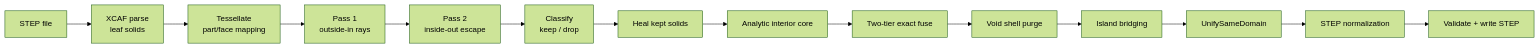
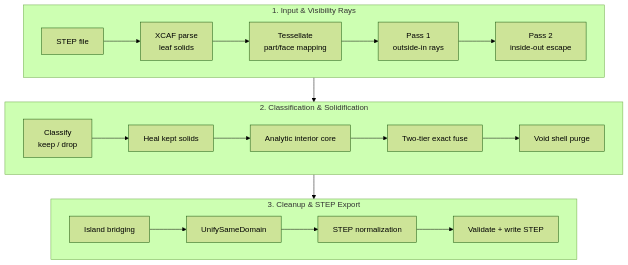
The first of 2 diagrams in docs/theory.md (dhkima-higenmotor/SIMPLE_3D_STEP), drawn with Mermaid (forest theme) before and after one commit. The commit also changed 1 other file, not shown here.

Commit message:
docs: improve Mermaid pipeline flowchart layout to max 5 blocks per row
- Restructure the 14-stage pipeline Mermaid flowchart in docs/theory.md and docs/theory_ko.md from a single wide LR row into a top-to-bottom layout (flowchart TB) with three horizontal subgraph rows (5 + 5 + 4 blocks)
- Link subgraphs directly (S1 --> S2 --> S3) so Mermaid's Dagre layout engine preserves direction LR inside every row on both GitHub and Codeberg
- Quote node and subgraph labels containing special characters for consistent cross-platform Mermaid parsing

````diff
--- a/docs/theory.md
+++ b/docs/theory.md
@@ -43,16 +43,27 @@
 ```mermaid
-flowchart LR
-    A[STEP file] --> B[XCAF parse<br/>leaf solids]
-    B --> C[Tessellate<br/>part/face mapping]
-    C --> D[Pass 1<br/>outside-in rays]
-    D --> E[Pass 2<br/>inside-out escape]
-    E --> F[Classify<br/>keep / drop]
-    F --> G[Heal kept solids]
-    G --> H[Analytic interior core]
-    H --> I[Two-tier exact fuse]
-    I --> J[Void shell purge]
-    J --> K[Island bridging]
-    K --> L[UnifySameDomain]
-    L --> M[STEP normalization]
-    M --> N[Validate + write STEP]
+flowchart TB
+    subgraph S1["1. Input & Visibility Rays"]
+        direction LR
+        A["STEP file"] --> B["XCAF parse<br/>leaf solids"]
+        B --> C["Tessellate<br/>part/face mapping"]
+        C --> D["Pass 1<br/>outside-in rays"]
+        D --> E["Pass 2<br/>inside-out escape"]
+    end
+
+    subgraph S2["2. Classification & Solidification"]
+        direction LR
+        F["Classify<br/>keep / drop"] --> G["Heal kept solids"]
+        G --> H["Analytic interior core"]
+        H --> I["Two-tier exact fuse"]
+        I --> J["Void shell purge"]
+    end
+
+    subgraph S3["3. Cleanup & STEP Export"]
+        direction LR
+        K["Island bridging"] --> L["UnifySameDomain"]
+        L --> M["STEP normalization"]
+        M --> N["Validate + write STEP"]
+    end
+
+    S1 --> S2 --> S3
 ```
````
